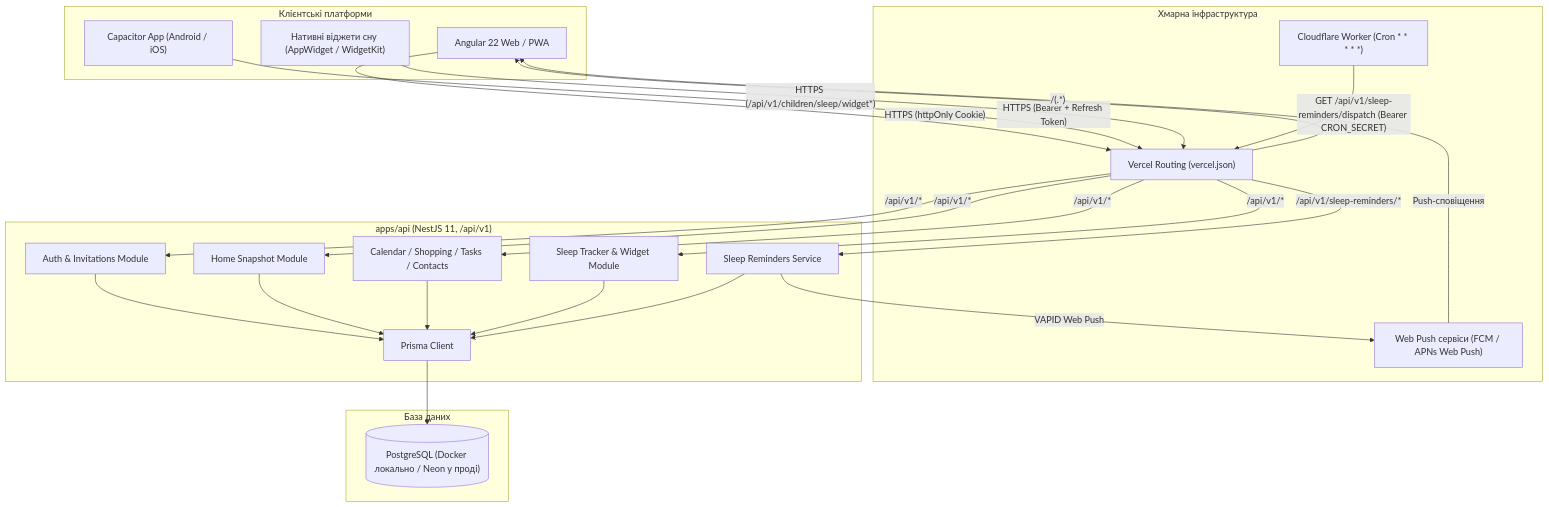
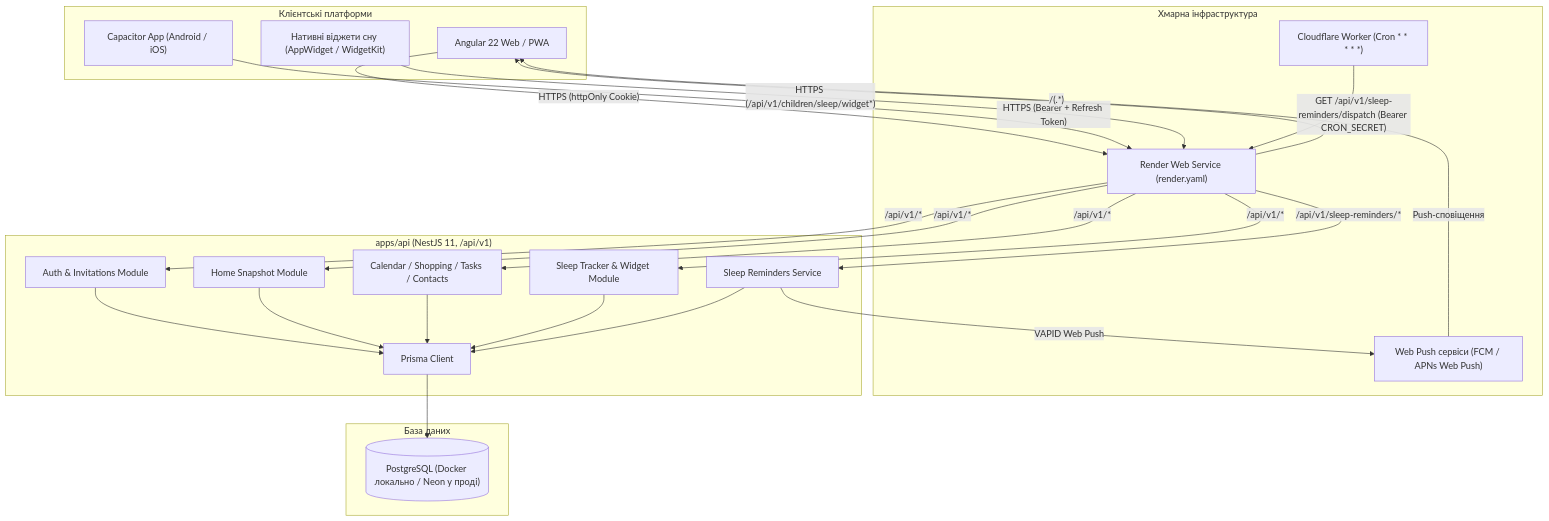
Before and after one commit to ihor-protsenko-theraven/protsenkoHub: the first of 4 diagrams in README.md, drawn with Mermaid. The commit also changed other lines of this file and 1 other file, not shown here.

Commit message:
Point reminder worker at Render

````diff
--- a/README.md
+++ b/README.md
@@ -61,49 +61,49 @@
 ```mermaid
 flowchart TD
     subgraph Clients["Клієнтські платформи"]
         WebPWA["Angular 22 Web / PWA"]
         MobileApp["Capacitor App (Android / iOS)"]
         NativeWidget["Нативні віджети сну (AppWidget / WidgetKit)"]
     end
 
     subgraph Edge["Хмарна інфраструктура"]
         CFWorker["Cloudflare Worker (Cron * * * * *)"]
-        VercelRouter["Vercel Routing (vercel.json)"]
+        RenderService["Render Web Service (render.yaml)"]
         WebPush["Web Push сервіси (FCM / APNs Web Push)"]
     end
 
     subgraph Backend["apps/api (NestJS 11, /api/v1)"]
         AuthMod["Auth & Invitations Module"]
         HomeMod["Home Snapshot Module"]
         DomainMods["Calendar / Shopping / Tasks / Contacts"]
         SleepMod["Sleep Tracker & Widget Module"]
         ReminderMod["Sleep Reminders Service"]
         PrismaSvc["Prisma Client"]
     end
 
     subgraph Storage["База даних"]
         Postgres[("PostgreSQL (Docker локально / Neon у проді)")]
     end
 
-    WebPWA -->|"HTTPS (httpOnly Cookie)"| VercelRouter
-    MobileApp -->|"HTTPS (Bearer + Refresh Token)"| VercelRouter
-    NativeWidget -->|"HTTPS (/api/v1/children/sleep/widget*)"| VercelRouter
-    CFWorker -->|"GET /api/v1/sleep-reminders/dispatch (Bearer CRON_SECRET)"| VercelRouter
+    WebPWA -->|"HTTPS (httpOnly Cookie)"| RenderService
+    MobileApp -->|"HTTPS (Bearer + Refresh Token)"| RenderService
+    NativeWidget -->|"HTTPS (/api/v1/children/sleep/widget*)"| RenderService
+    CFWorker -->|"GET /api/v1/sleep-reminders/dispatch (Bearer CRON_SECRET)"| RenderService
 
-    VercelRouter -->|"/(.*)"| WebPWA
-    VercelRouter -->|"/api/v1/*"| AuthMod
-    VercelRouter -->|"/api/v1/*"| HomeMod
-    VercelRouter -->|"/api/v1/*"| DomainMods
-    VercelRouter -->|"/api/v1/*"| SleepMod
-    VercelRouter -->|"/api/v1/sleep-reminders/*"| ReminderMod
+    RenderService -->|"/(.*)"| WebPWA
+    RenderService -->|"/api/v1/*"| AuthMod
+    RenderService -->|"/api/v1/*"| HomeMod
+    RenderService -->|"/api/v1/*"| DomainMods
+    RenderService -->|"/api/v1/*"| SleepMod
+    RenderService -->|"/api/v1/sleep-reminders/*"| ReminderMod
 
     AuthMod --> PrismaSvc
     HomeMod --> PrismaSvc
     DomainMods --> PrismaSvc
     SleepMod --> PrismaSvc
     ReminderMod --> PrismaSvc
     PrismaSvc --> Postgres
 
     ReminderMod -->|"VAPID Web Push"| WebPush
     WebPush -->|"Push-сповіщення"| WebPWA
 ```
````
